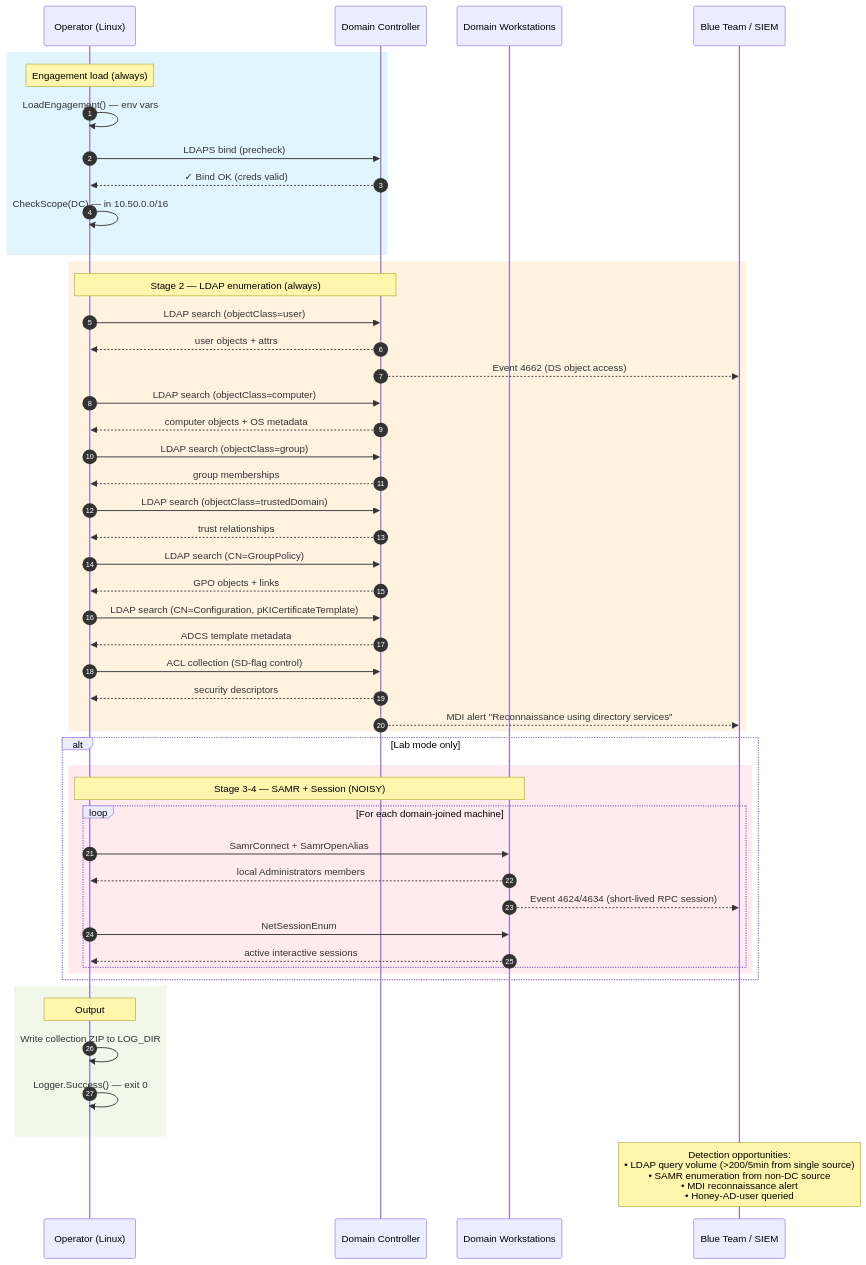
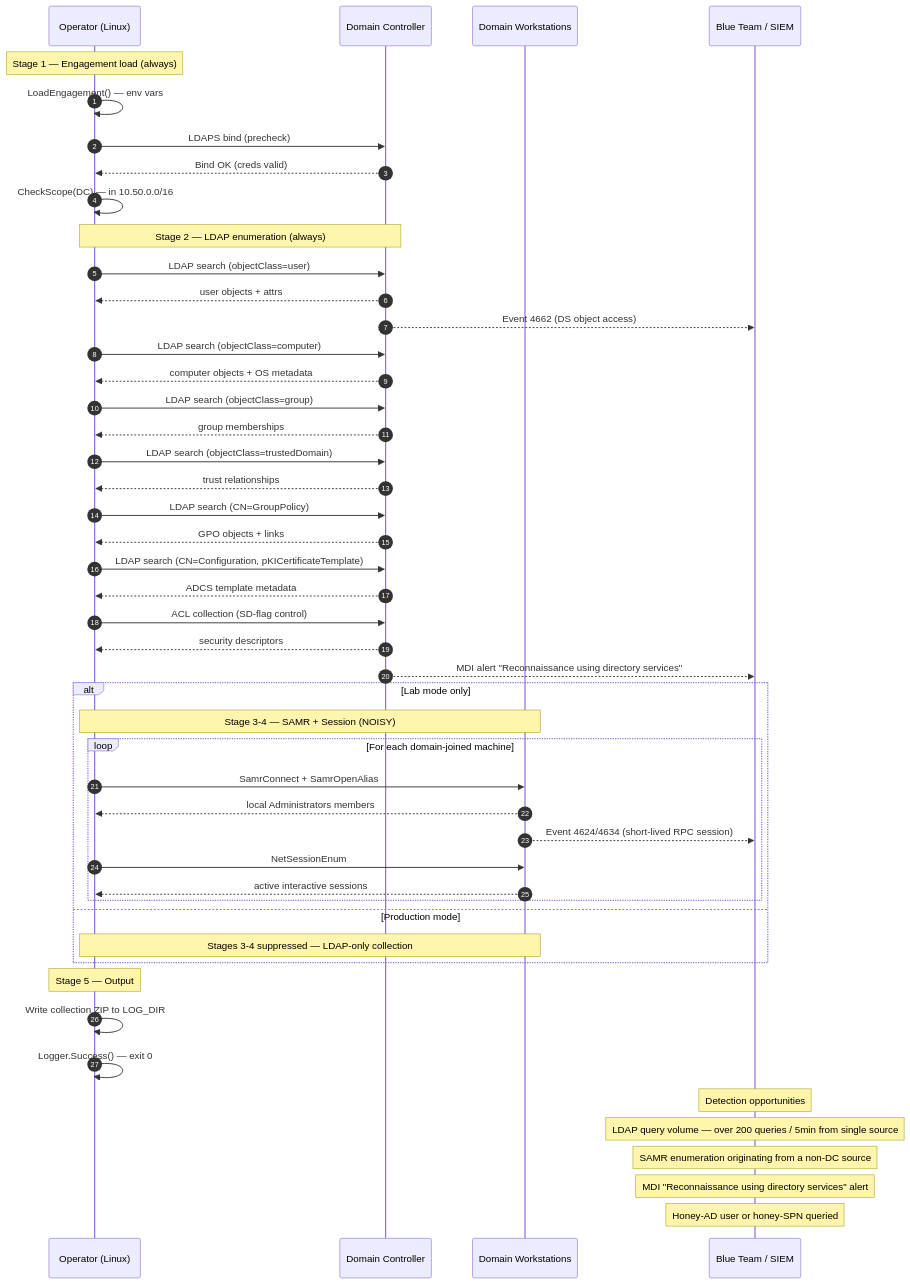
The diagram in pentest_tradecraft/ac459aed-0c80-4a73-8bc4-9b9046474e6e/ac459aed-0c80-4a73-8bc4-9b9046474e6e_attack_flow.md (ubercylon8/f0_library), drawn with Mermaid before and after one commit. The commit also changed 4 other files, not shown here.

First line of the commit message:
fix(pentest-tradecraft): make mermaid attack flows render on GitHub

````diff
--- a/pentest_tradecraft/ac459aed-0c80-4a73-8bc4-9b9046474e6e/ac459aed-0c80-4a73-8bc4-9b9046474e6e_attack_flow.md
+++ b/pentest_tradecraft/ac459aed-0c80-4a73-8bc4-9b9046474e6e/ac459aed-0c80-4a73-8bc4-9b9046474e6e_attack_flow.md
@@ -3,57 +3,55 @@
 ```mermaid
 sequenceDiagram
     autonumber
     participant Op as Operator (Linux)
     participant DC as Domain Controller
     participant Hosts as Domain Workstations
     participant SOC as Blue Team / SIEM
 
-    rect rgb(225, 245, 254)
-        Note over Op: Engagement load (always)
-        Op->>Op: LoadEngagement() — env vars
-        Op->>DC: LDAPS bind (precheck)
-        DC-->>Op: ✓ Bind OK (creds valid)
-        Op->>Op: CheckScope(DC) — in 10.50.0.0/16
+    Note over Op: Stage 1 — Engagement load (always)
+    Op->>Op: LoadEngagement() — env vars
+    Op->>DC: LDAPS bind (precheck)
+    DC-->>Op: Bind OK (creds valid)
+    Op->>Op: CheckScope(DC) — in 10.50.0.0/16
+
+    Note over Op,DC: Stage 2 — LDAP enumeration (always)
+    Op->>DC: LDAP search (objectClass=user)
+    DC-->>Op: user objects + attrs
+    DC-->>SOC: Event 4662 (DS object access)
+    Op->>DC: LDAP search (objectClass=computer)
+    DC-->>Op: computer objects + OS metadata
+    Op->>DC: LDAP search (objectClass=group)
+    DC-->>Op: group memberships
+    Op->>DC: LDAP search (objectClass=trustedDomain)
+    DC-->>Op: trust relationships
+    Op->>DC: LDAP search (CN=GroupPolicy)
+    DC-->>Op: GPO objects + links
+    Op->>DC: LDAP search (CN=Configuration, pKICertificateTemplate)
+    DC-->>Op: ADCS template metadata
+    Op->>DC: ACL collection (SD-flag control)
+    DC-->>Op: security descriptors
+    DC-->>SOC: MDI alert "Reconnaissance using directory services"
+
+    alt Lab mode only
+        Note over Op,Hosts: Stage 3-4 — SAMR + Session (NOISY)
+        loop For each domain-joined machine
+            Op->>Hosts: SamrConnect + SamrOpenAlias
+            Hosts-->>Op: local Administrators members
+            Hosts-->>SOC: Event 4624/4634 (short-lived RPC session)
+            Op->>Hosts: NetSessionEnum
+            Hosts-->>Op: active interactive sessions
+        end
+    else Production mode
+        Note over Op,Hosts: Stages 3-4 suppressed — LDAP-only collection
     end
 
-    rect rgb(255, 243, 224)
-        Note over Op,DC: Stage 2 — LDAP enumeration (always)
-        Op->>DC: LDAP search (objectClass=user)
-        DC-->>Op: user objects + attrs
-        DC-->>SOC: Event 4662 (DS object access)
-        Op->>DC: LDAP search (objectClass=computer)
-        DC-->>Op: computer objects + OS metadata
-        Op->>DC: LDAP search (objectClass=group)
-        DC-->>Op: group memberships
-        Op->>DC: LDAP search (objectClass=trustedDomain)
-        DC-->>Op: trust relationships
-        Op->>DC: LDAP search (CN=GroupPolicy)
-        DC-->>Op: GPO objects + links
-        Op->>DC: LDAP search (CN=Configuration, pKICertificateTemplate)
-        DC-->>Op: ADCS template metadata
-        Op->>DC: ACL collection (SD-flag control)
-        DC-->>Op: security descriptors
-        DC-->>SOC: MDI alert "Reconnaissance using directory services"
-    end
+    Note over Op: Stage 5 — Output
+    Op->>Op: Write collection ZIP to LOG_DIR
+    Op->>Op: Logger.Success() — exit 0
 
-    alt Lab mode only
-        rect rgb(255, 235, 238)
-            Note over Op,Hosts: Stage 3-4 — SAMR + Session (NOISY)
-            loop For each domain-joined machine
-                Op->>Hosts: SamrConnect + SamrOpenAlias
-                Hosts-->>Op: local Administrators members
-                Hosts-->>SOC: Event 4624/4634 (short-lived RPC session)
-                Op->>Hosts: NetSessionEnum
-                Hosts-->>Op: active interactive sessions
-            end
-        end
-    end
-
-    rect rgb(241, 248, 233)
-        Note over Op: Output
-        Op->>Op: Write collection ZIP to LOG_DIR
-        Op->>Op: Logger.Success() — exit 0
-    end
-
-    Note over SOC: Detection opportunities:<br/>• LDAP query volume (>200/5min from single source)<br/>• SAMR enumeration from non-DC source<br/>• MDI reconnaissance alert<br/>• Honey-AD-user queried
+    Note over SOC: Detection opportunities
+    Note over SOC: LDAP query volume — over 200 queries / 5min from single source
+    Note over SOC: SAMR enumeration originating from a non-DC source
+    Note over SOC: MDI "Reconnaissance using directory services" alert
+    Note over SOC: Honey-AD user or honey-SPN queried
 ```
````
